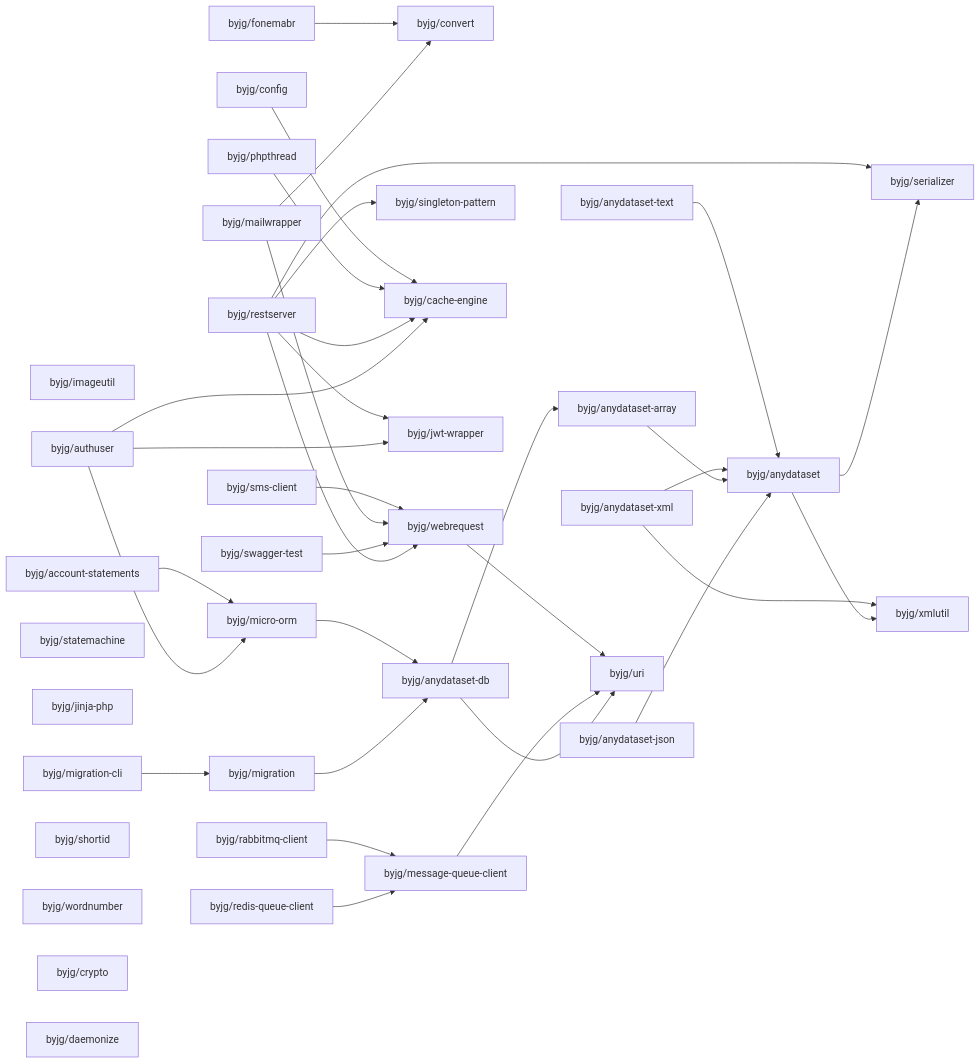
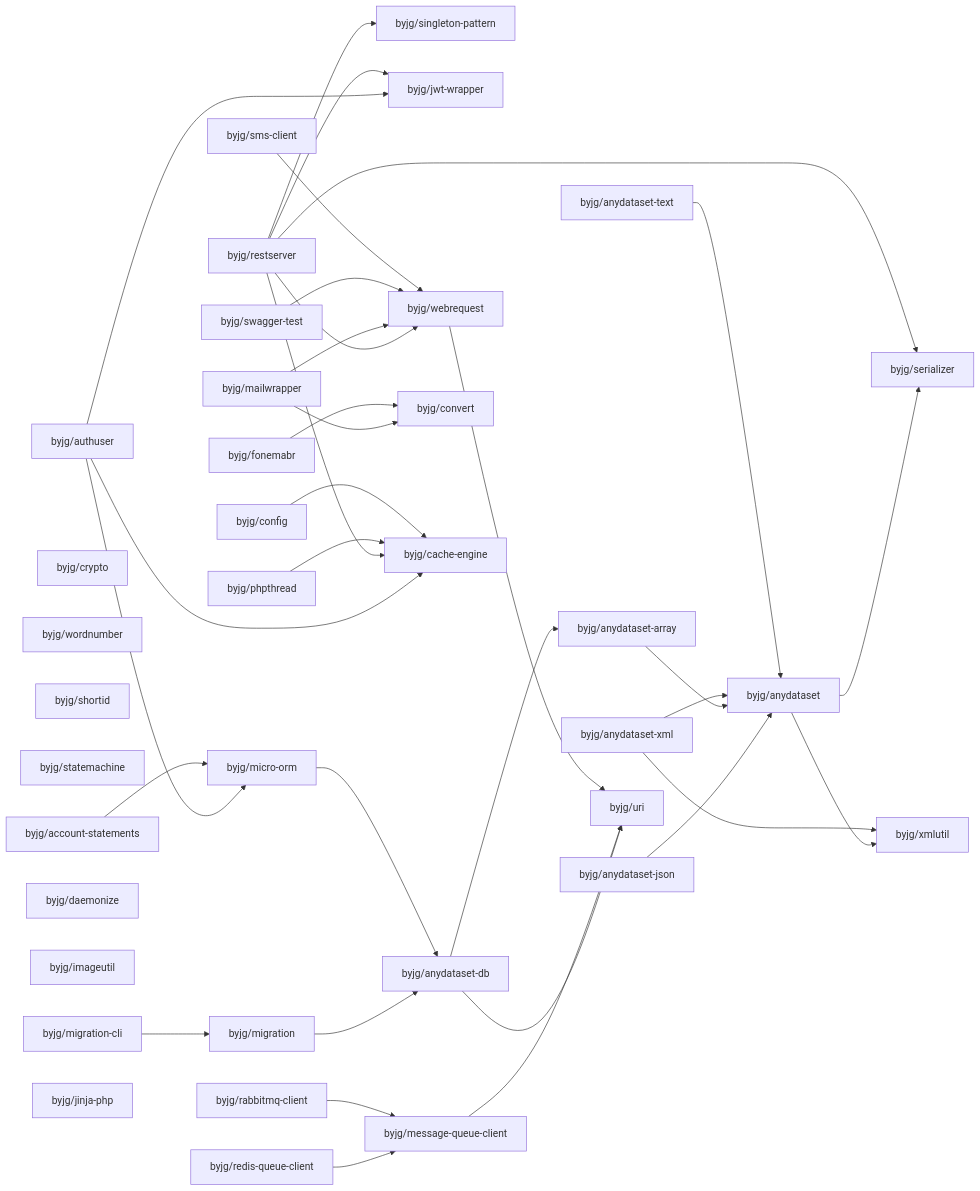
One commit to byjg/byjg.github.io changed the diagram in php/README.md. Above: the diagram before and after it, drawn with Mermaid. The commit also changed other lines of this file and 7 other files, not shown here.

Commit message:
Update documentation 'php' 'php-swagger-test'

````diff
--- a/php/README.md
+++ b/php/README.md
@@ -3,71 +3,71 @@
 ```mermaid
 graph LR;
+  byjg/config;
+  byjg/authuser;
+  byjg/anydataset-json;
+  byjg/restserver;
+  byjg/crypto;
+  byjg/redis-queue-client;
+  byjg/swagger-test;
+  byjg/wordnumber;
+  byjg/shortid;
+  byjg/statemachine;
+  byjg/migration-cli;
+  byjg/daemonize;
+  byjg/rabbitmq-client;
   byjg/mailwrapper;
-  byjg/swagger-test;
+  byjg/anydataset-text;
   byjg/imageutil;
+  byjg/account-statements;
+  byjg/sms-client;
   byjg/fonemabr;
+  byjg/anydataset-xml;
   byjg/phpthread;
-  byjg/authuser;
-  byjg/account-statements;
-  byjg/statemachine;
-  byjg/redis-queue-client;
   byjg/jinja-php;
-  byjg/config;
-  byjg/migration-cli;
-  byjg/anydataset-text;
-  byjg/shortid;
-  byjg/wordnumber;
-  byjg/rabbitmq-client;
-  byjg/crypto;
-  byjg/anydataset-json;
-  byjg/daemonize;
-  byjg/anydataset-xml;
-  byjg/restserver;
-  byjg/sms-client;
-  byjg/convert;
-  byjg/micro-orm;
+  byjg/singleton-pattern;
+  byjg/jwt-wrapper;
   byjg/migration;
   byjg/message-queue-client;
-  byjg/singleton-pattern;
+  byjg/micro-orm;
+  byjg/webrequest;
+  byjg/convert;
   byjg/cache-engine;
-  byjg/jwt-wrapper;
-  byjg/webrequest;
   byjg/anydataset-db;
   byjg/anydataset-array;
   byjg/uri;
   byjg/anydataset;
   byjg/serializer;
   byjg/xmlutil;
   byjg/sms-client --> byjg/webrequest;
   byjg/fonemabr --> byjg/convert;
   byjg/config --> byjg/cache-engine;
   byjg/anydataset-text --> byjg/anydataset;
   byjg/webrequest --> byjg/uri;
   byjg/account-statements --> byjg/micro-orm;
   byjg/rabbitmq-client --> byjg/message-queue-client;
   byjg/micro-orm --> byjg/anydataset-db;
   byjg/phpthread --> byjg/cache-engine;
+  byjg/swagger-test --> byjg/webrequest;
   byjg/anydataset-xml --> byjg/anydataset;
   byjg/anydataset-xml --> byjg/xmlutil;
   byjg/anydataset-array --> byjg/anydataset;
   byjg/mailwrapper --> byjg/convert;
   byjg/mailwrapper --> byjg/webrequest;
   byjg/message-queue-client --> byjg/uri;
   byjg/anydataset-db --> byjg/anydataset-array;
   byjg/anydataset-db --> byjg/uri;
   byjg/anydataset-json --> byjg/anydataset;
   byjg/migration --> byjg/anydataset-db;
-  byjg/swagger-test --> byjg/webrequest;
   byjg/redis-queue-client --> byjg/message-queue-client;
   byjg/restserver --> byjg/serializer;
   byjg/restserver --> byjg/singleton-pattern;
   byjg/restserver --> byjg/cache-engine;
   byjg/restserver --> byjg/webrequest;
   byjg/restserver --> byjg/jwt-wrapper;
   byjg/authuser --> byjg/micro-orm;
   byjg/authuser --> byjg/cache-engine;
   byjg/authuser --> byjg/jwt-wrapper;
   byjg/migration-cli --> byjg/migration;
   byjg/anydataset --> byjg/serializer;
   byjg/anydataset --> byjg/xmlutil;
 ```
````
